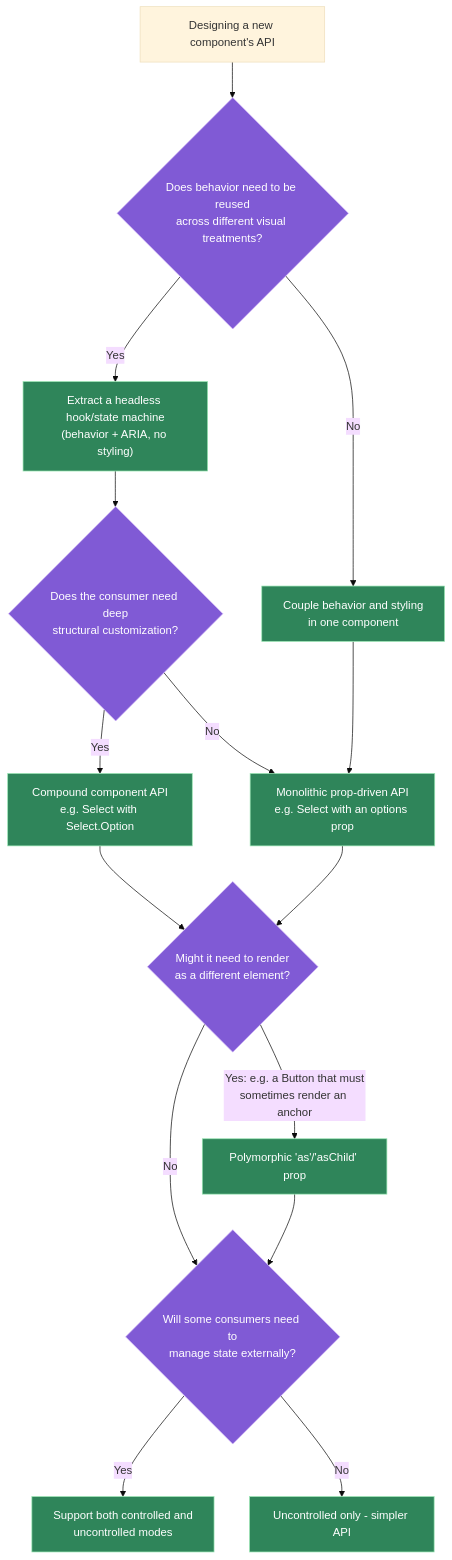
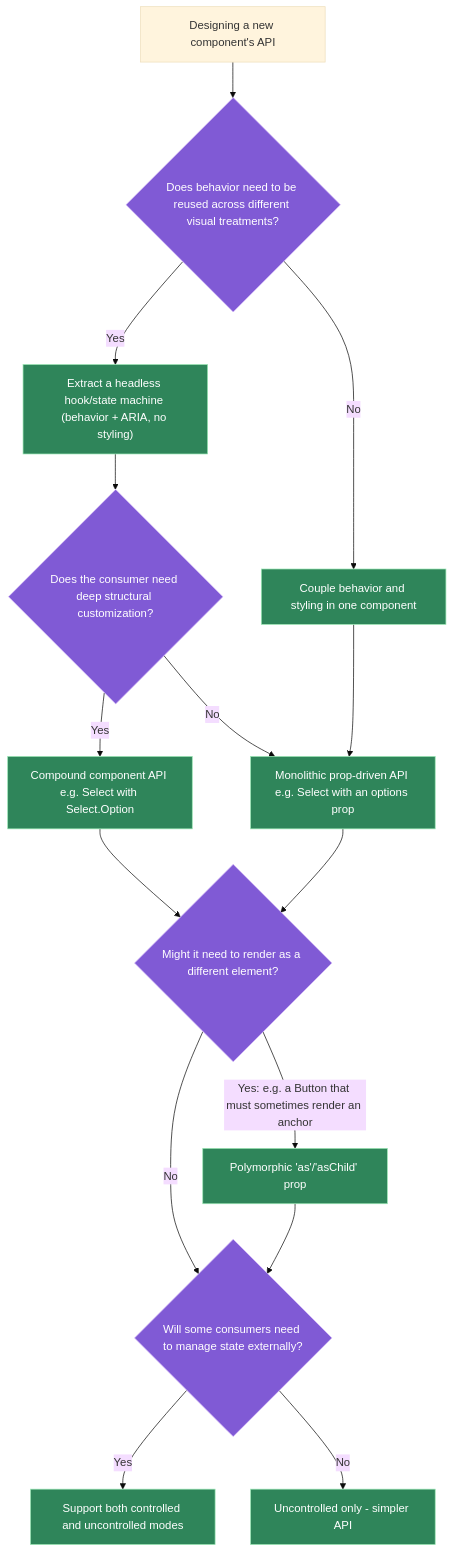
Before and after one commit to vinayakhumberi/litmus: the first of 2 diagrams in data/topics/design-component-library.md, drawn with Mermaid (base theme). The commit also changed 68 other files, not shown here.

````diff
--- a/data/topics/design-component-library.md
+++ b/data/topics/design-component-library.md
@@ -87,23 +87,23 @@
 ```mermaid
 graph TD
-    A["Designing a new component's API"] --> B{"Does behavior need to be reused<br>across different visual treatments?"}
-    B -- "Yes" --> C["Extract a headless hook/state machine<br>(behavior + ARIA, no styling)"]
-    B -- "No" --> D["Couple behavior and styling<br>in one component"]
-    C --> E{"Does the consumer need deep<br>structural customization?"}
-    E -- "Yes" --> F["Compound component API<br>e.g. Select with Select.Option"]
-    E -- "No" --> G["Monolithic prop-driven API<br>e.g. Select with an options prop"]
+    A["Designing a new component's API"] --> B{"Does behavior need to be reused across different visual treatments?"}
+    B -- "Yes" --> C["Extract a headless hook/state machine (behavior + ARIA, no styling)"]
+    B -- "No" --> D["Couple behavior and styling in one component"]
+    C --> E{"Does the consumer need deep structural customization?"}
+    E -- "Yes" --> F["Compound component API e.g. Select with Select.Option"]
+    E -- "No" --> G["Monolithic prop-driven API e.g. Select with an options prop"]
     D --> G
-    F --> H{"Might it need to render<br>as a different element?"}
+    F --> H{"Might it need to render as a different element?"}
     G --> H
-    H -- "Yes: e.g. a Button that must<br>sometimes render an anchor" --> I["Polymorphic 'as'/'asChild' prop"]
-    H -- "No" --> J{"Will some consumers need to<br>manage state externally?"}
+    H -- "Yes: e.g. a Button that must sometimes render an anchor" --> I["Polymorphic 'as'/'asChild' prop"]
+    H -- "No" --> J{"Will some consumers need to manage state externally?"}
     I --> J
-    J -- "Yes" --> K["Support both controlled and<br>uncontrolled modes"]
+    J -- "Yes" --> K["Support both controlled and uncontrolled modes"]
     J -- "No" --> L["Uncontrolled only - simpler API"]
 
     classDef decision fill:#805ad5,stroke:#d6bcfa,color:#fff
     classDef result fill:#2f855a,stroke:#9ae6b4,color:#fff
 
     class B,E,H,J decision
     class C,D,F,G,I,K,L result
 ```
````
